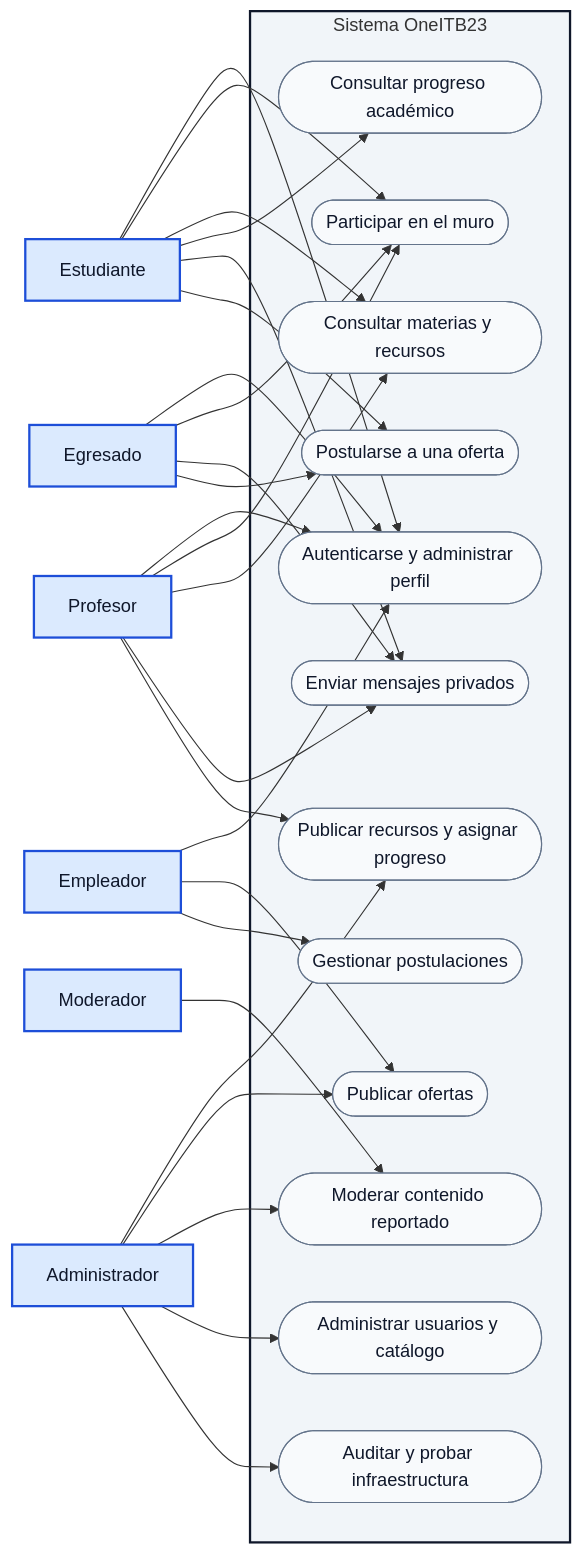
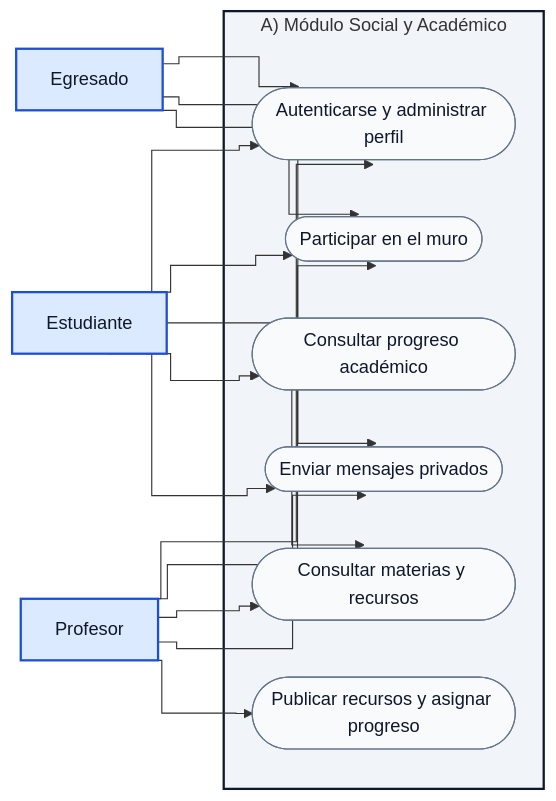
One commit to fagdiaz/OneITB changed the second of 10 diagrams in docs/entrega_final/DOCUMENTO_BASE_PRACTICA_PROFESIONAL.md. Above: the diagram before and after it, drawn with Mermaid. The commit also changed other lines of this file and 3 other files, not shown here.

Commit message:
docs: finalize UML memoria and layout guide

````diff
--- a/docs/entrega_final/DOCUMENTO_BASE_PRACTICA_PROFESIONAL.md
+++ b/docs/entrega_final/DOCUMENTO_BASE_PRACTICA_PROFESIONAL.md
@@ -236,55 +237,36 @@
 ```mermaid
+%%{init: {"flowchart": {"curve": "step"}}}%%
 flowchart LR
     EST["Estudiante"]:::actor
     EGR["Egresado"]:::actor
     PRO["Profesor"]:::actor
-    EMP["Empleador"]:::actor
-    MOD["Moderador"]:::actor
-    ADM["Administrador"]:::actor
 
-    subgraph SYS["Sistema OneITB23"]
+    subgraph SYS["A) Módulo Social y Académico"]
         UC1(["Autenticarse y administrar perfil"])
         UC2(["Participar en el muro"])
         UC3(["Consultar materias y recursos"])
         UC4(["Consultar progreso académico"])
         UC5(["Enviar mensajes privados"])
-        UC6(["Postularse a una oferta"])
         UC7(["Publicar recursos y asignar progreso"])
-        UC8(["Publicar ofertas"])
-        UC9(["Gestionar postulaciones"])
-        UC10(["Moderar contenido reportado"])
-        UC11(["Administrar usuarios y catálogo"])
-        UC12(["Auditar y probar infraestructura"])
     end
 
     EST --> UC1
     EST --> UC2
     EST --> UC3
     EST --> UC4
     EST --> UC5
-    EST --> UC6
     EGR --> UC1
     EGR --> UC2
     EGR --> UC5
-    EGR --> UC6
     PRO --> UC1
     PRO --> UC2
     PRO --> UC3
     PRO --> UC5
     PRO --> UC7
-    EMP --> UC1
-    EMP --> UC8
-    EMP --> UC9
-    MOD --> UC10
-    ADM --> UC7
-    ADM --> UC8
-    ADM --> UC10
-    ADM --> UC11
-    ADM --> UC12
 
     classDef actor fill:#dbeafe,stroke:#1d4ed8,color:#0f172a,stroke-width:2px;
     classDef usecase fill:#f8fafc,stroke:#64748b,color:#0f172a;
-    class EST,EGR,PRO,EMP,MOD,ADM actor;
-    class UC1,UC2,UC3,UC4,UC5,UC6,UC7,UC8,UC9,UC10,UC11,UC12 usecase;
+    class EST,EGR,PRO actor;
+    class UC1,UC2,UC3,UC4,UC5,UC7 usecase;
     style SYS fill:#f1f5f9,stroke:#0f172a,stroke-width:2px
 ```
````
